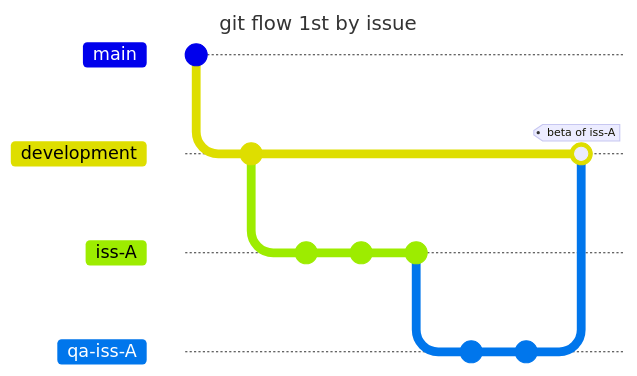
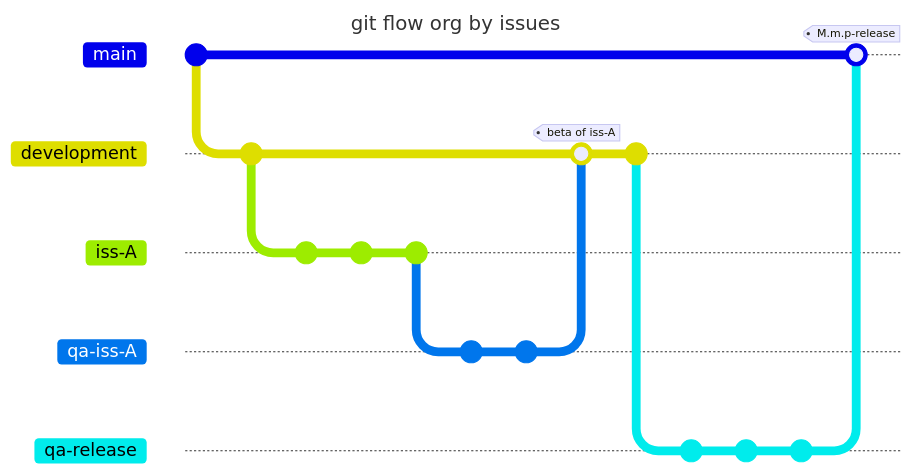
The first of 2 diagrams in doc_src/SDEVEN.40_BRAN.md (petre-renware/sdeven), drawn with Mermaid before and after one commit. The commit also changed other lines of this file, not shown here. Commit ids are hidden.

````diff
--- a/doc_src/SDEVEN.40_BRAN.md
+++ b/doc_src/SDEVEN.40_BRAN.md
@@ -82,22 +84,25 @@
 ``` mermaid
 ---
-title: git flow 1st by issue
+title: git flow org by issues
 ---
 gitGraph
     commit id: "init repo"
     branch "development"
     commit id: "start of iss A"
     branch "iss-A"
     commit
     commit
     commit id: "alpha rdy to test"
     branch "qa-iss-A"
     commit id: "test of iss A"
     commit id: "beta PASSED"
     checkout "development"
     merge "qa-iss-A" tag: "beta of iss-A"
-    
-
-
-
+    commit id: "prep for release"
+    branch "qa-release"
+    commit id: "documentation Ok"
+    commit id: "deployment kit OK"
+    commit id: "release PASSED"
+    checkout "main"
+    merge "qa-release" tag: "M.m.p-release"
 ```
````
